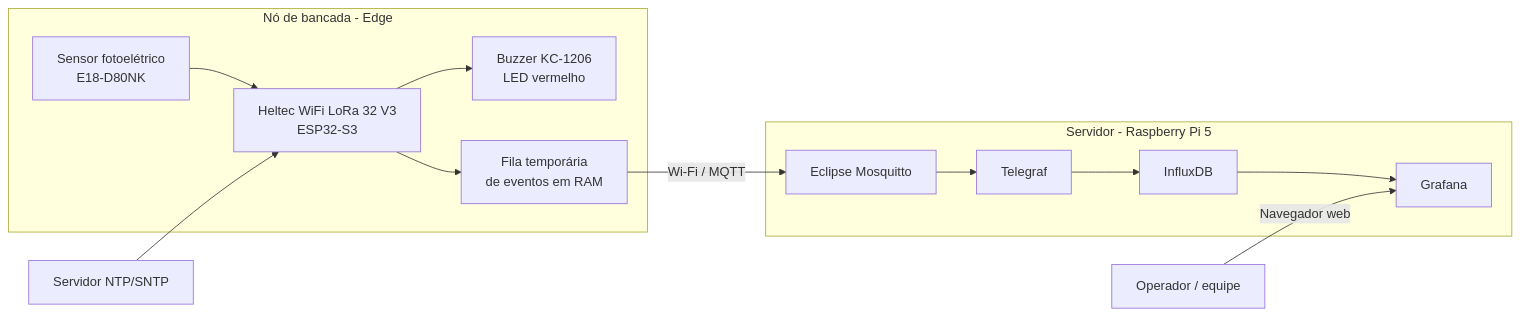
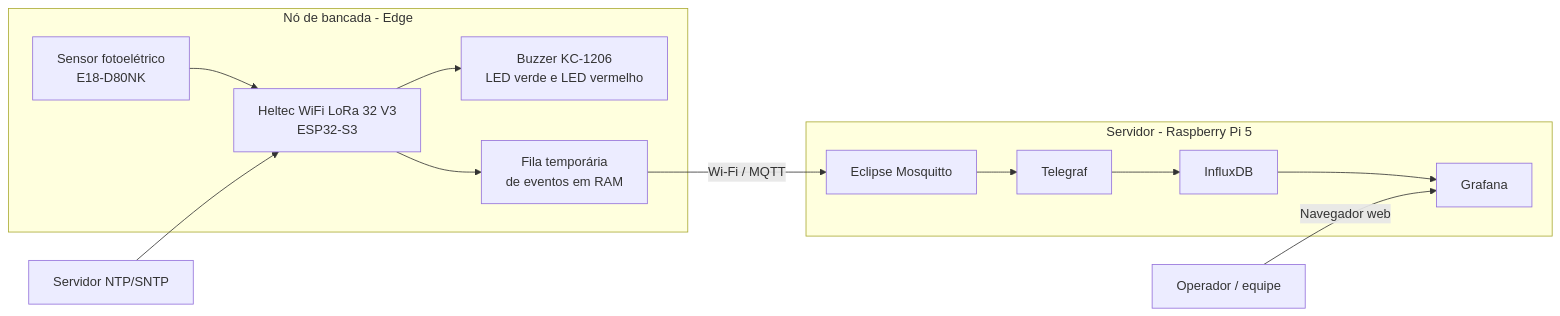
The first of 3 diagrams in README.md (joaohenriquebitu/FlowCount), drawn with Mermaid before and after one commit. The commit also changed other lines of this file and 14 other files, not shown here.

````diff
--- a/README.md
+++ b/README.md
@@ -104,20 +105,20 @@
 ```mermaid
 flowchart LR
     subgraph EDGE["Nó de bancada - Edge"]
         SENSOR["Sensor fotoelétrico\nE18-D80NK"] --> ESP["Heltec WiFi LoRa 32 V3\nESP32-S3"]
-        ESP --> SIGNAL["Buzzer KC-1206\nLED vermelho"]
+        ESP --> SIGNAL["Buzzer KC-1206\nLED verde e LED vermelho"]
         ESP --> QUEUE["Fila temporária\nde eventos em RAM"]
     end
 
     NTP["Servidor NTP/SNTP"] --> ESP
 
     QUEUE -->|"Wi-Fi / MQTT"| BROKER
 
     subgraph SERVER["Servidor - Raspberry Pi 5"]
         BROKER["Eclipse Mosquitto"] --> TELEGRAF["Telegraf"]
         TELEGRAF --> INFLUX["InfluxDB"]
         INFLUX --> GRAFANA["Grafana"]
     end
 
     USER["Operador / equipe"] -->|"Navegador web"| GRAFANA
 ```
````
